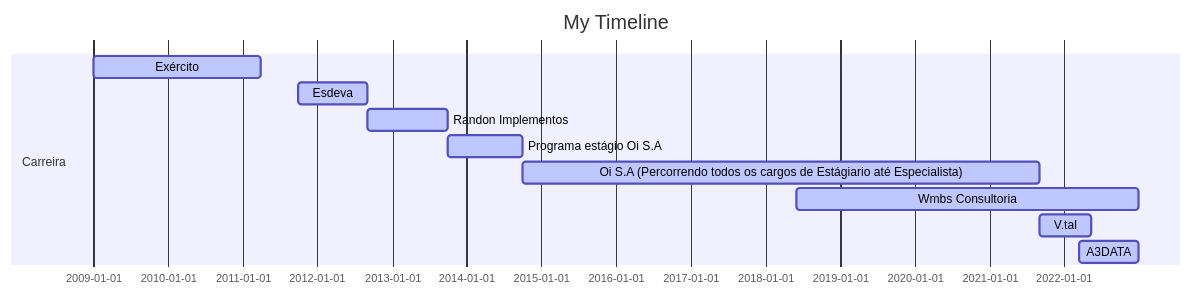
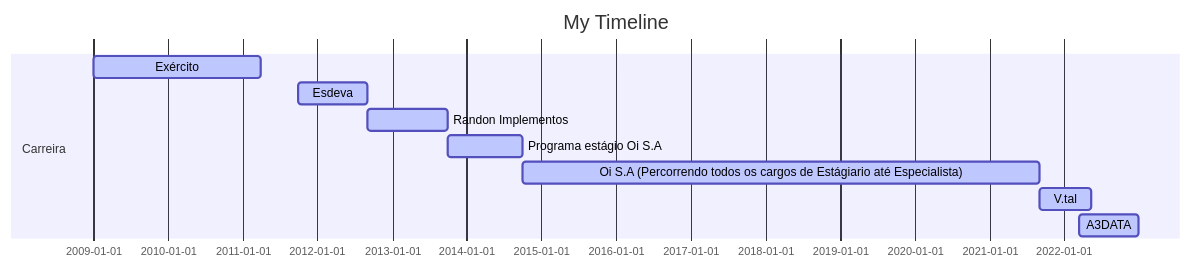
The diagram in README.md (Wellikiandre/Wellikiandre), drawn with Mermaid before and after one commit. The commit also changed other lines of this file, not shown here.

````diff
--- a/README.md
+++ b/README.md
@@ -3,17 +3,16 @@
 ```mermaid
 
 gantt
 dateFormat  YYYY-MM-DD
 title My Timeline
 
 section Carreira
 Exército            :active,, 2009-01-01,2011-04-01
 Esdeva            :active,, 2011-10-01,2012-09-01
 Randon Implementos            :active,, 2012-09-01,2013-10-01
 Programa estágio Oi S.A            :active,, 2013-10-01,2014-10-01
 Oi S.A (Percorrendo todos os cargos de Estágiario até Especialista)            :active,, 2014-10-01,2021-09-01
-Wmbs Consultoria            :active,, 2018-06-01,2022-12-31
 V.tal           :active,, 2021-09-01,2022-05-13
 A3DATA           :active,, 2022-03-15,2022-12-31
 
 ```
````
